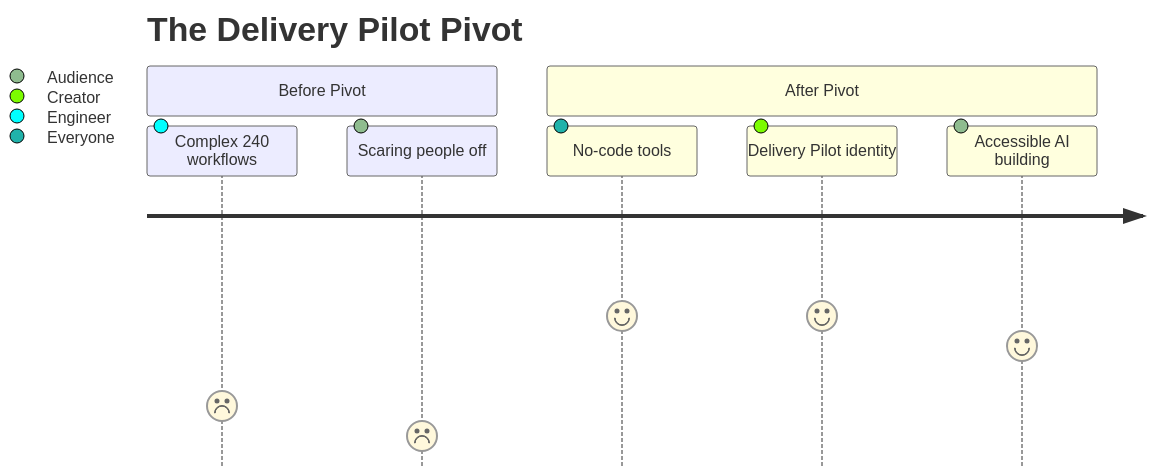
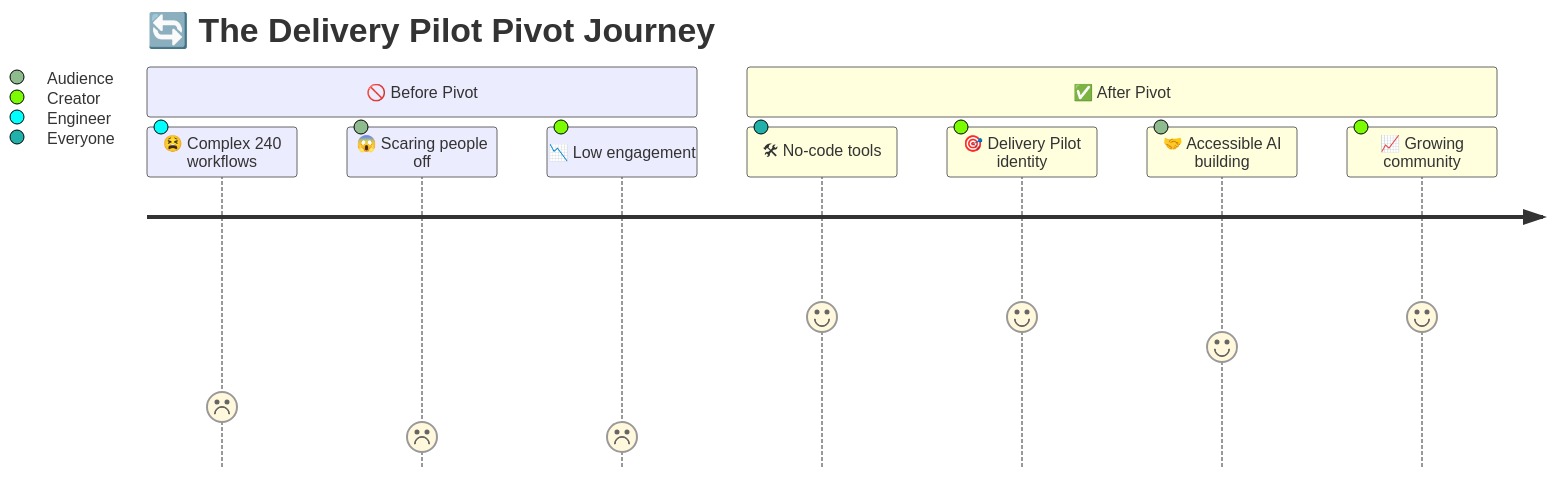
The diagram in 3_Simulation/2026-02-15/output/diagram_MM_02_scene_2_-_the_pivot.md (rifaterdemsahin/fal.ai), drawn with Mermaid before and after one commit. The commit also changed other lines of this file and 22 other files, not shown here.

Commit message:
diagram with images

````diff
--- a/3_Simulation/2026-02-15/output/diagram_MM_02_scene_2_-_the_pivot.md
+++ b/3_Simulation/2026-02-15/output/diagram_MM_02_scene_2_-_the_pivot.md
@@ -6,11 +7,13 @@
 ```mermaid
 journey
-    title The Delivery Pilot Pivot
-    section Before Pivot
-      Complex 240 workflows: 2: Engineer
-      Scaring people off: 1: Audience
-    section After Pivot
-      No-code tools: 5: Everyone
-      Delivery Pilot identity: 5: Creator
-      Accessible AI building: 4: Audience
+    title 🔄 The Delivery Pilot Pivot Journey
+    section 🚫 Before Pivot
+      😫 Complex 240 workflows: 2: Engineer
+      😱 Scaring people off: 1: Audience
+      📉 Low engagement: 1: Creator
+    section ✅ After Pivot
+      🛠 No-code tools: 5: Everyone
+      🎯 Delivery Pilot identity: 5: Creator
+      🤝 Accessible AI building: 4: Audience
+      📈 Growing community: 5: Creator
 ```
````
